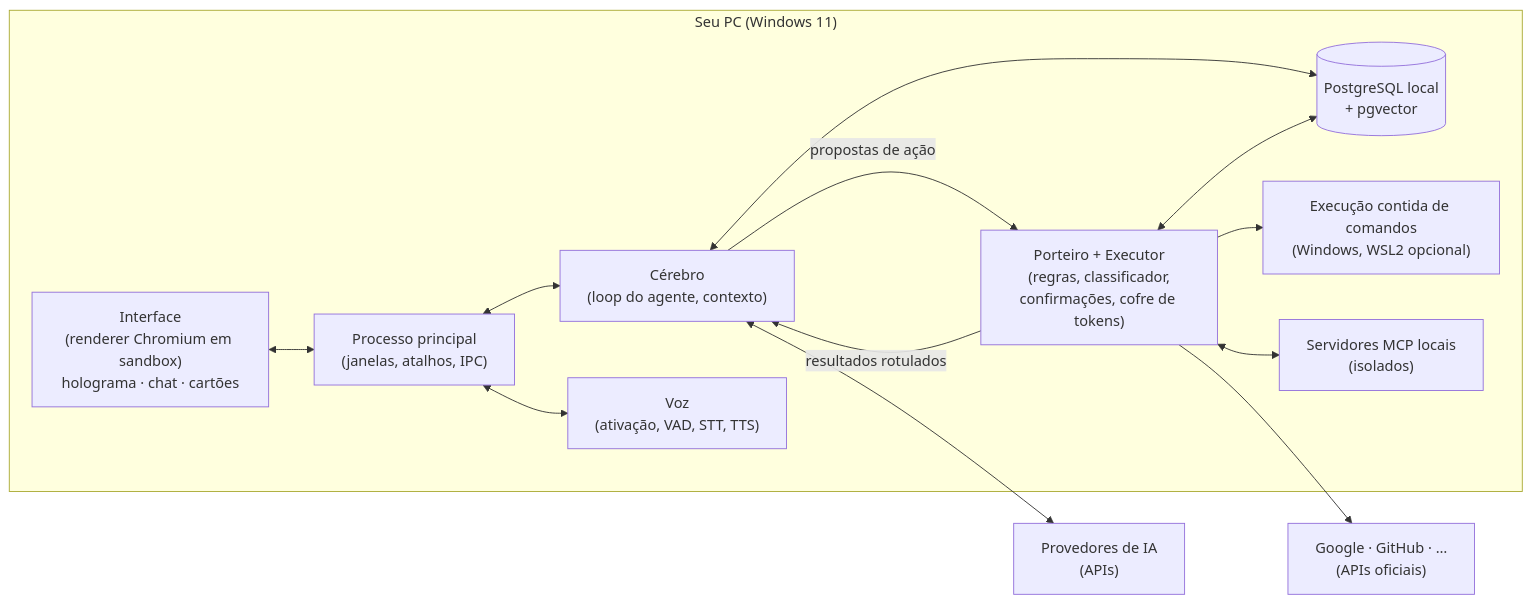
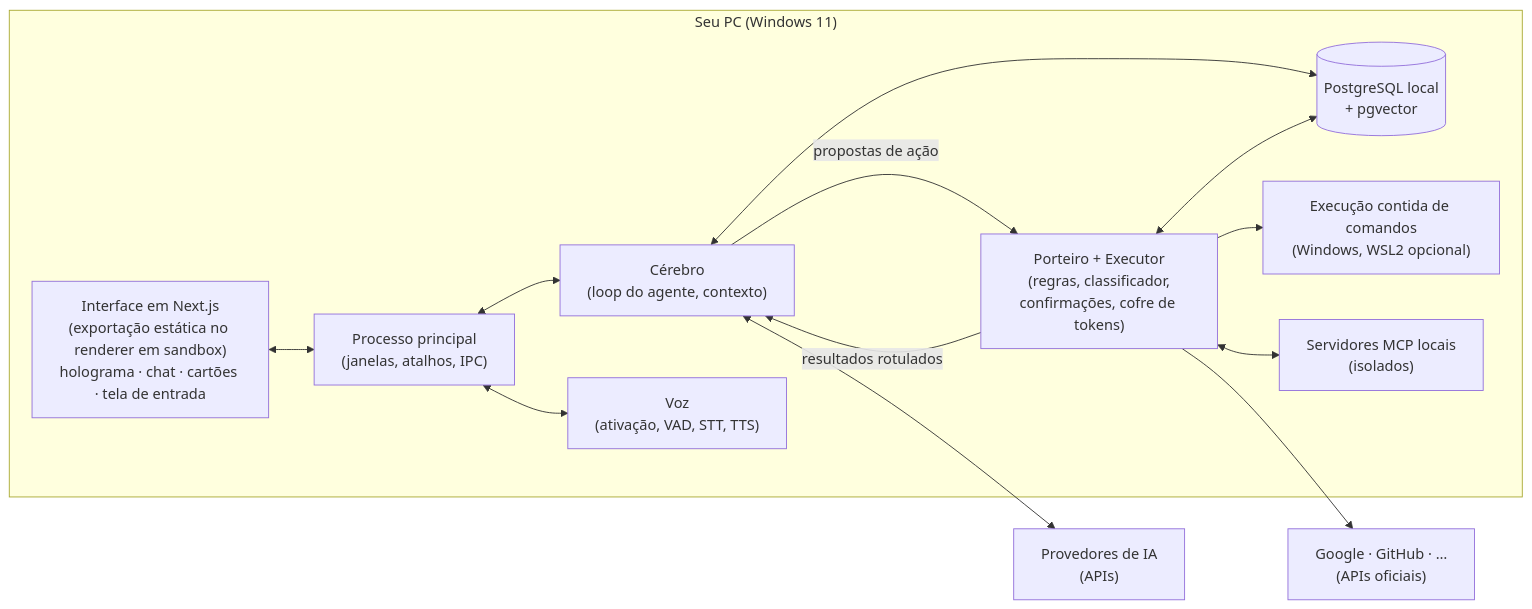
The diagram in docs/02-arquitetura.md (mateussfernando/jesus-ia), drawn with Mermaid before and after one commit. The commit also changed other lines of this file and 14 other files, not shown here.

````diff
--- a/docs/02-arquitetura.md
+++ b/docs/02-arquitetura.md
@@ -30,27 +30,27 @@
 ```mermaid
 flowchart LR
   subgraph PC["Seu PC (Windows 11)"]
-    UI["Interface<br/>(renderer Chromium em sandbox)<br/>holograma · chat · cartões"]
+    UI["Interface em Next.js<br/>(exportação estática no renderer em sandbox)<br/>holograma · chat · cartões · tela de entrada"]
     MAIN["Processo principal<br/>(janelas, atalhos, IPC)"]
     BRAIN["Cérebro<br/>(loop do agente, contexto)"]
     GATE["Porteiro + Executor<br/>(regras, classificador,<br/>confirmações, cofre de tokens)"]
     VOICE["Voz<br/>(ativação, VAD, STT, TTS)"]
     DB[("PostgreSQL local<br/>+ pgvector")]
     SBX["Execução contida de comandos<br/>(Windows, WSL2 opcional)"]
     MCPL["Servidores MCP locais<br/>(isolados)"]
   end
   LLM["Provedores de IA<br/>(APIs)"]
   APIS["Google · GitHub · …<br/>(APIs oficiais)"]
 
   UI <--> MAIN
   MAIN <--> BRAIN
   MAIN <--> VOICE
   BRAIN -- "propostas de ação" --> GATE
   GATE -- "resultados rotulados" --> BRAIN
   BRAIN <--> LLM
   GATE --> SBX
   GATE --> APIS
   GATE <--> MCPL
   BRAIN <--> DB
   GATE <--> DB
 ```
````
